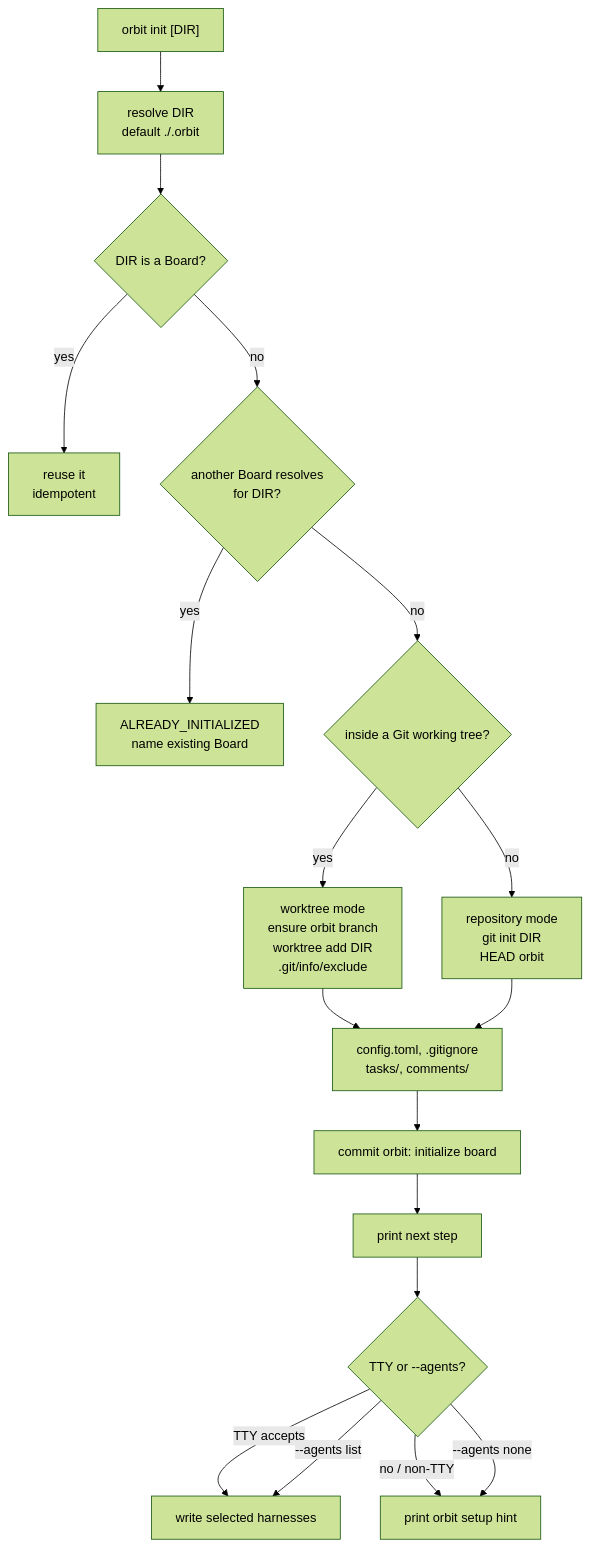
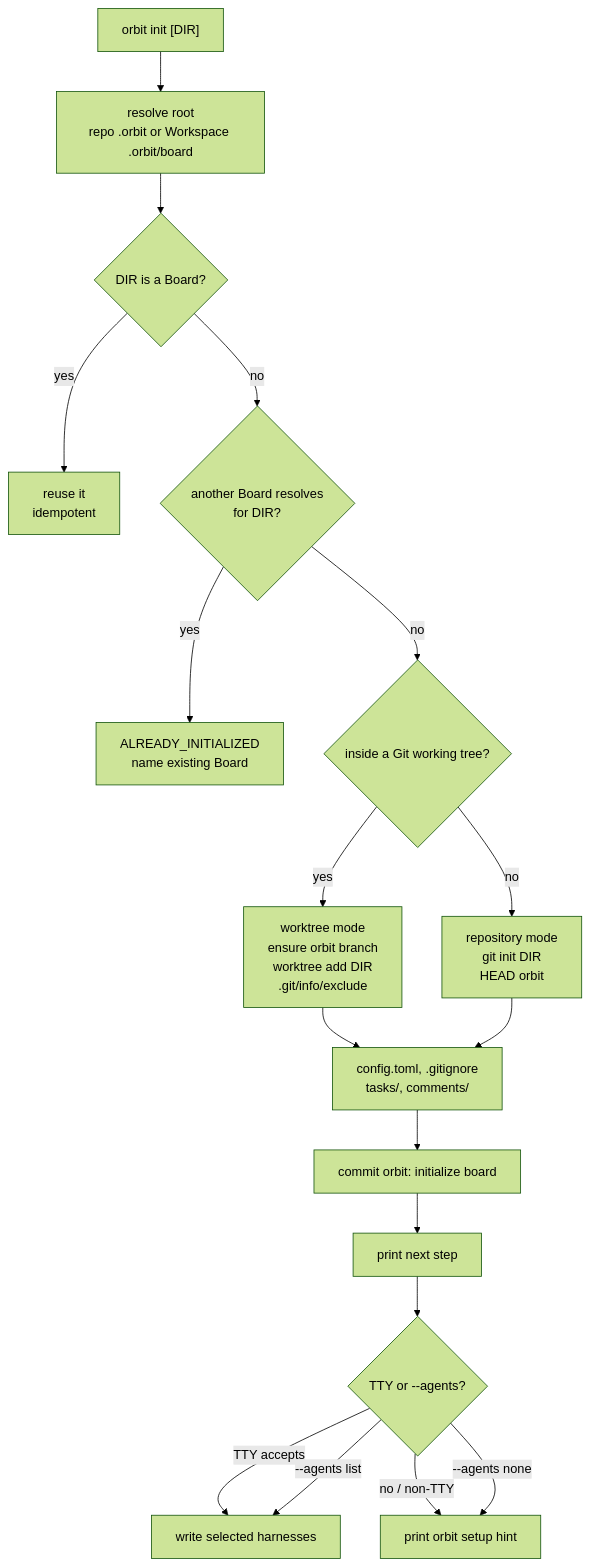
One commit to rcmendes/orbit changed the ninth of 14 diagrams in docs/ARCHITECTURE.md. Above: the diagram before and after it, drawn with Mermaid (forest theme). The commit also changed other lines of this file and 17 other files, not shown here.

Commit message:
feat: initialize Workspace-root Boards

````diff
--- a/docs/ARCHITECTURE.md
+++ b/docs/ARCHITECTURE.md
@@ -522,20 +528,20 @@
 ```mermaid
 flowchart TD
-    I["orbit init [DIR]"] --> R["resolve DIR<br/>default ./.orbit"]
+    I["orbit init [DIR]"] --> R["resolve root<br/>repo .orbit or Workspace .orbit/board"]
     R --> EXISTS{"DIR is a Board?"}
     EXISTS -->|yes| REUSE["reuse it<br/>idempotent"]
     EXISTS -->|no| SECOND{"another Board resolves<br/>for DIR?"}
     SECOND -->|yes| ERR["ALREADY_INITIALIZED<br/>name existing Board"]
     SECOND -->|no| INSIDE{"inside a Git working tree?"}
     INSIDE -->|yes| WT["worktree mode<br/>ensure orbit branch<br/>worktree add DIR<br/>.git/info/exclude"]
     INSIDE -->|no| REPO["repository mode<br/>git init DIR<br/>HEAD orbit"]
     WT --> FILES["config.toml, .gitignore<br/>tasks/, comments/"]
     REPO --> FILES
     FILES --> COMMIT["commit orbit: initialize board"]
     COMMIT --> NEXT["print next step"]
     NEXT --> PROMPT{"TTY or --agents?"}
     PROMPT -->|TTY accepts| SETUP["write selected harnesses"]
     PROMPT -->|no / non-TTY| HINT["print orbit setup hint"]
     PROMPT -->|--agents list| SETUP
     PROMPT -->|--agents none| HINT
 ```
````
